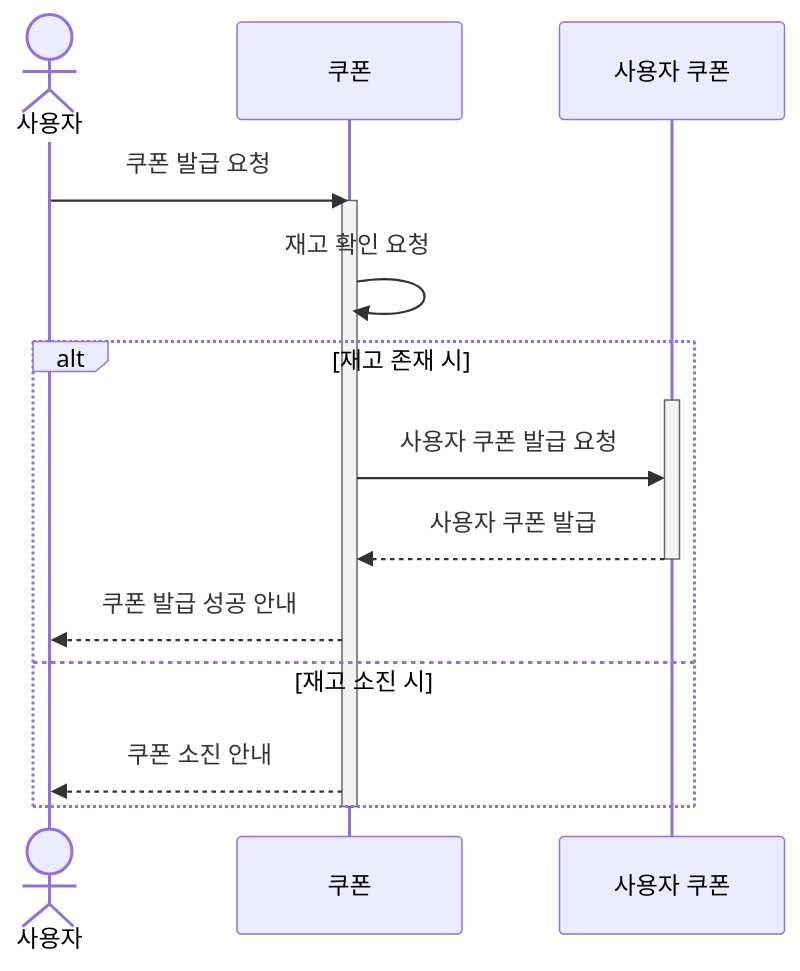
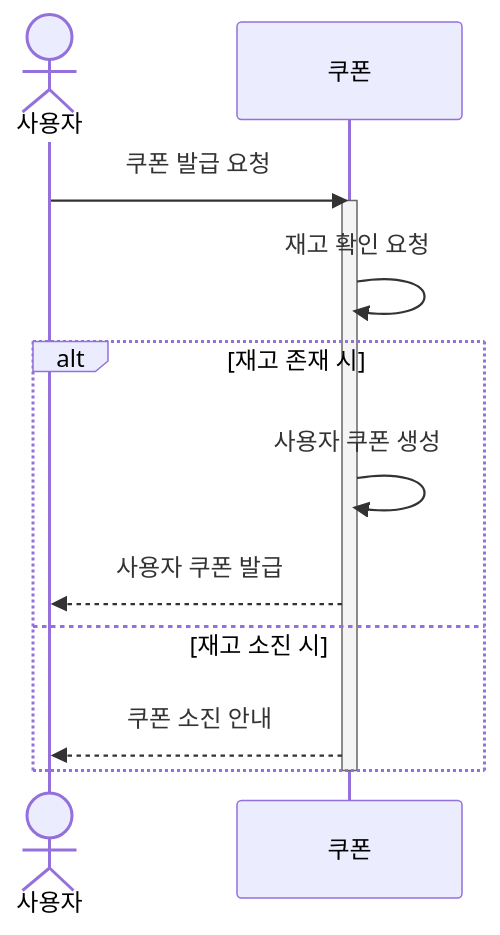
Before and after one commit to seokho-1116/ecommerce-practice: the second of 7 diagrams in docs/설계.md, drawn with Mermaid. The commit also changed other lines of this file, not shown here.

Commit message:
fix: 시스템 소개 추가 및 시퀸스 다이어그램 수정

````diff
--- a/docs/설계.md
+++ b/docs/설계.md
@@ -85,19 +101,15 @@
 ```mermaid
 sequenceDiagram
     actor 사용자
     participant 쿠폰
-    participant 사용자 쿠폰
     사용자 ->> 쿠폰: 쿠폰 발급 요청
     activate 쿠폰
     쿠폰 ->> 쿠폰: 재고 확인 요청
     alt 재고 존재 시
-        activate 사용자 쿠폰
-        쿠폰 ->> 사용자 쿠폰: 사용자 쿠폰 발급 요청
-        사용자 쿠폰 -->> 쿠폰: 사용자 쿠폰 발급
-        deactivate 사용자 쿠폰
-        쿠폰 -->> 사용자: 쿠폰 발급 성공 안내
+        쿠폰 ->> 쿠폰: 사용자 쿠폰 생성
+        쿠폰 -->> 사용자: 사용자 쿠폰 발급
     else 재고 소진 시
         쿠폰 -->> 사용자: 쿠폰 소진 안내
     end
     deactivate 쿠폰
 ```
````
